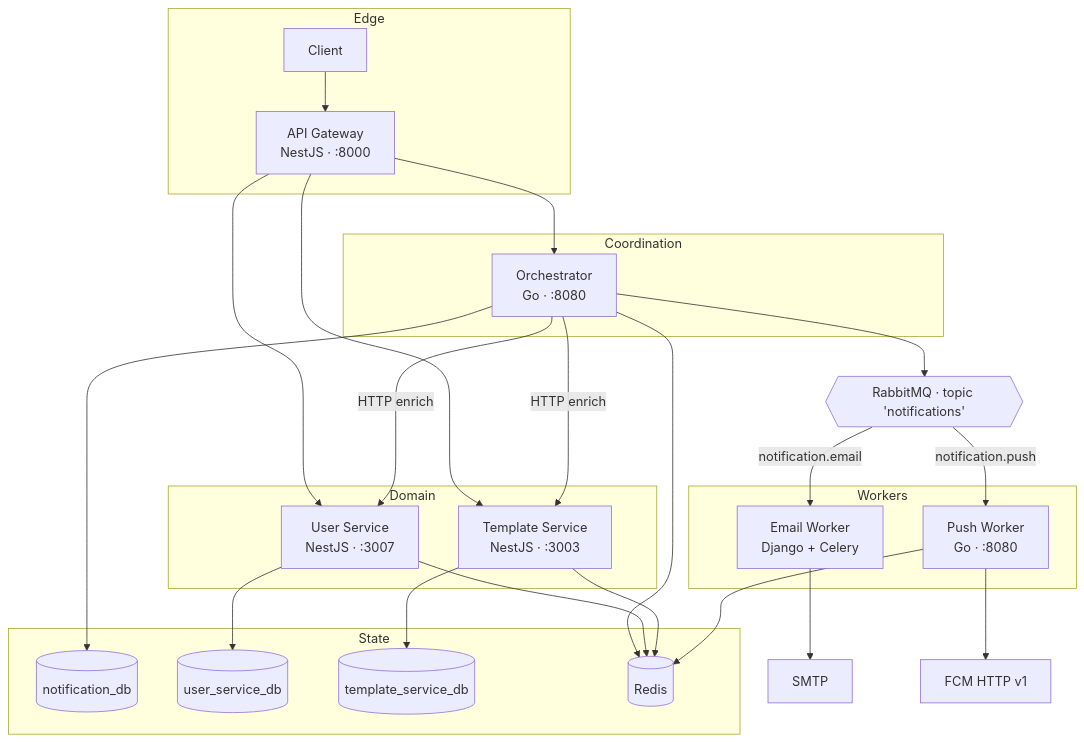
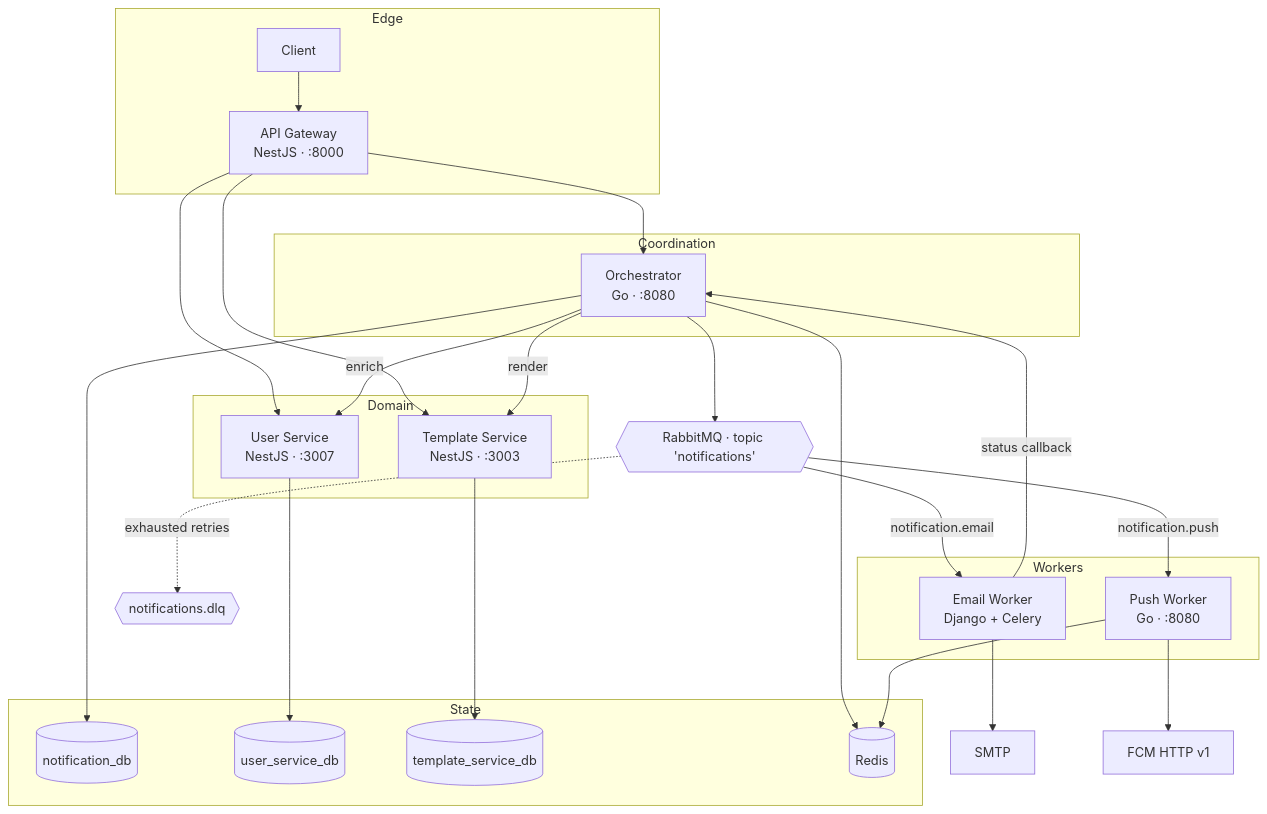
Before and after one commit to justinndidit/notification-system: the first of 3 diagrams in docs/ARCHITECTURE.md, drawn with Mermaid. The commit also changed other lines of this file and 12 other files, not shown here.

````diff
--- a/docs/ARCHITECTURE.md
+++ b/docs/ARCHITECTURE.md
@@ -25,53 +42,55 @@
 ```mermaid
 graph TB
   subgraph Edge
     Client[Client]
     GW[API Gateway<br/>NestJS · :8000]
   end
 
   subgraph Coordination
     Orch[Orchestrator<br/>Go · :8080]
   end
 
   subgraph Domain
     UserSvc[User Service<br/>NestJS · :3007]
     TemplateSvc[Template Service<br/>NestJS · :3003]
   end
 
   subgraph Workers
     EmailW[Email Worker<br/>Django + Celery]
     PushW[Push Worker<br/>Go · :8080]
   end
 
   subgraph State
     NDB[(notification_db)]
     UDB[(user_service_db)]
     TDB[(template_service_db)]
     Redis[(Redis)]
   end
 
   MQ{{RabbitMQ · topic 'notifications'}}
+  DLQ{{notifications.dlq}}
 
   Client --> GW
   GW --> Orch
   GW --> UserSvc
   GW --> TemplateSvc
 
-  Orch -->|HTTP enrich| UserSvc
-  Orch -->|HTTP enrich| TemplateSvc
+  Orch -->|enrich| UserSvc
+  Orch -->|render| TemplateSvc
   Orch --> NDB
   Orch --> Redis
   Orch --> MQ
 
   MQ -->|notification.email| EmailW
   MQ -->|notification.push| PushW
+  MQ -.exhausted retries.-> DLQ
+
+  EmailW -->|status callback| Orch
+  PushW --> Redis
 
   UserSvc --> UDB
-  UserSvc --> Redis
   TemplateSvc --> TDB
-  TemplateSvc --> Redis
-  PushW --> Redis
 
   EmailW --> SMTP[SMTP]
   PushW --> FCM[FCM HTTP v1]
 ```
````
